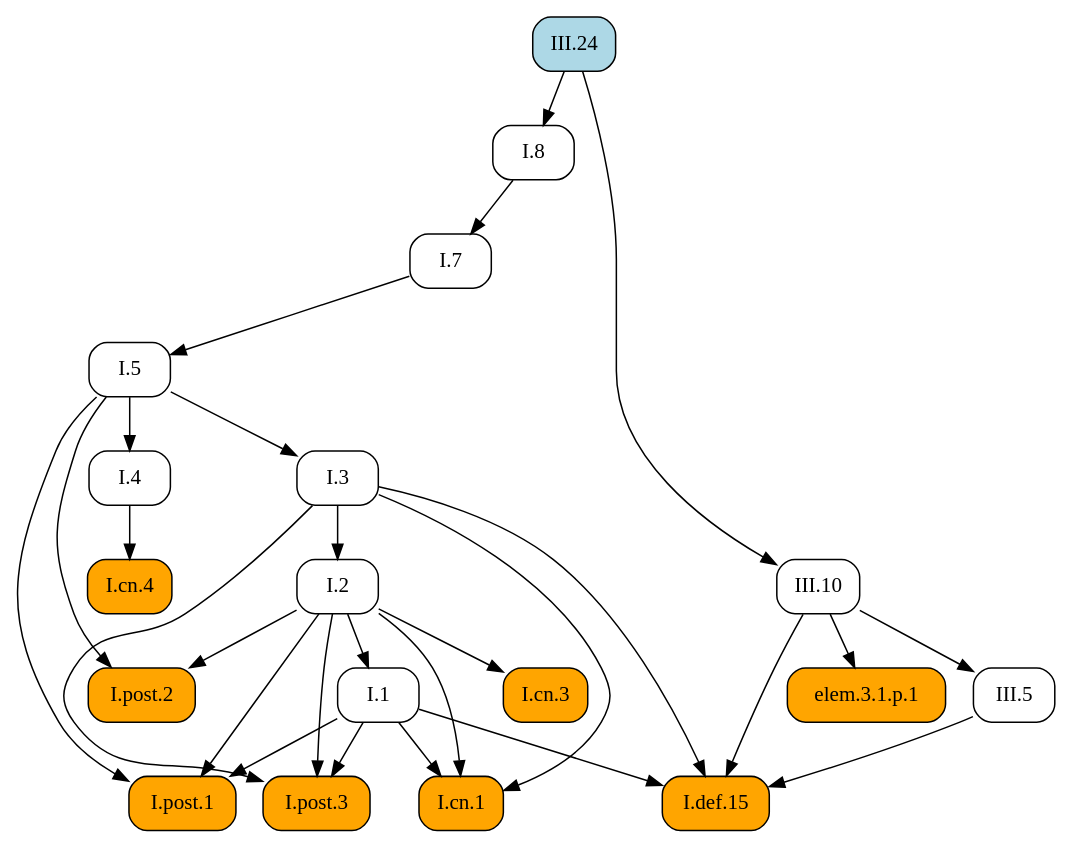
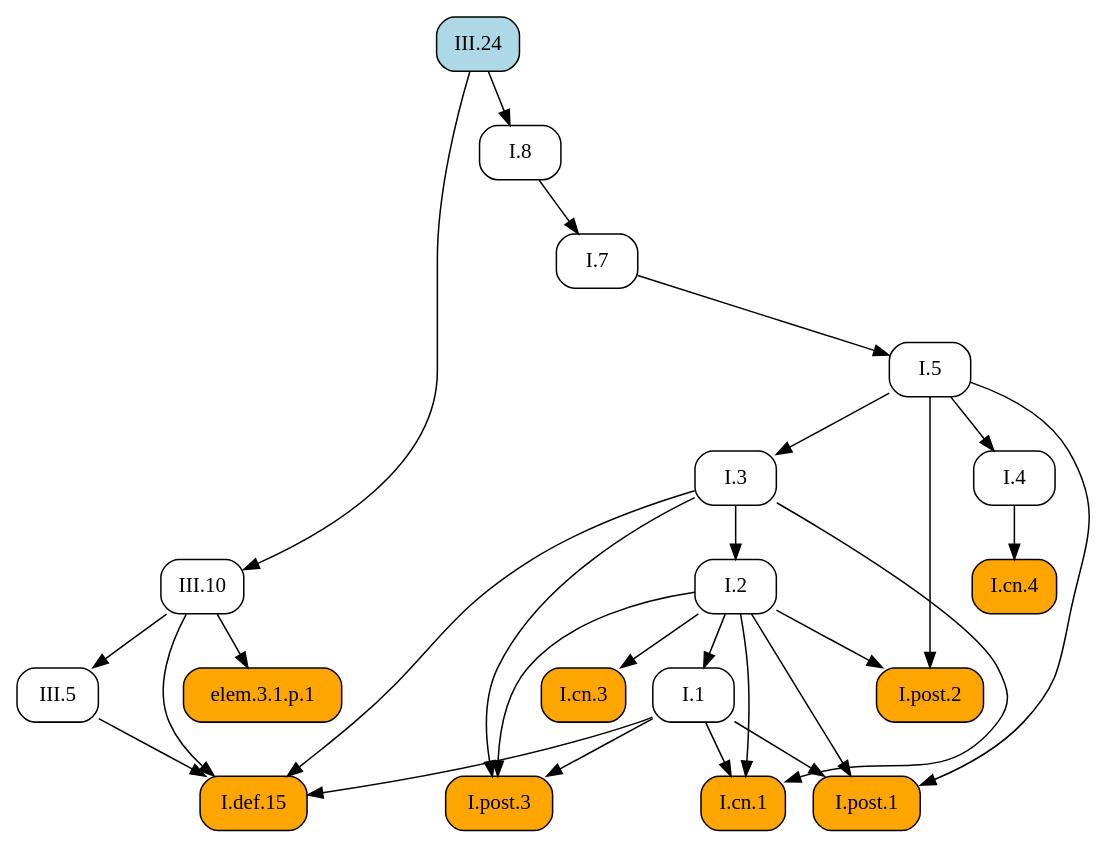
Before and after one commit to geometor/elements: the diagram in docsrc/heath/III/24/index.rst, drawn with Graphviz. The commit also changed other lines of this file and 1029 other files, not shown here.

```diff
--- a/docsrc/heath/III/24/index.rst
+++ b/docsrc/heath/III/24/index.rst
@@ -52,51 +52,51 @@
 .. graphviz::
 
    digraph {
      rankdir="TB";
      node [shape=box, style=rounded];
+     "I.1" [URL="/heath/I/1/", target="_top"];
+     "I.7" [URL="/heath/I/7/", target="_top"];
+     "I.3" [URL="/heath/I/3/", target="_top"];
+     "I.2" [URL="/heath/I/2/", target="_top"];
+     "I.4" [URL="/heath/I/4/", target="_top"];
+     "elem.3.1.p.1" [style="rounded,filled", fillcolor=orange];
+     "I.post.2" [style="rounded,filled", fillcolor=orange, URL="/heath/I/post.2/", target="_top"];
+     "I.def.15" [style="rounded,filled", fillcolor=orange, URL="/heath/I/def.15/", target="_top"];
+     "III.10" [URL="/heath/III/10/", target="_top"];
+     "I.post.3" [style="rounded,filled", fillcolor=orange, URL="/heath/I/post.3/", target="_top"];
+     "I.cn.1" [style="rounded,filled", fillcolor=orange, URL="/heath/I/cn.1/", target="_top"];
      "I.cn.3" [style="rounded,filled", fillcolor=orange, URL="/heath/I/cn.3/", target="_top"];
+     "I.8" [URL="/heath/I/8/", target="_top"];
+     "I.cn.4" [style="rounded,filled", fillcolor=orange, URL="/heath/I/cn.4/", target="_top"];
+     "I.post.1" [style="rounded,filled", fillcolor=orange, URL="/heath/I/post.1/", target="_top"];
+     "III.24" [style="rounded,filled", fillcolor=lightblue, URL="/heath/III/24/", target="_top"];
      "I.5" [URL="/heath/I/5/", target="_top"];
-     "I.7" [URL="/heath/I/7/", target="_top"];
-     "I.4" [URL="/heath/I/4/", target="_top"];
-     "I.3" [URL="/heath/I/3/", target="_top"];
-     "I.8" [URL="/heath/I/8/", target="_top"];
-     "III.10" [URL="/heath/III/10/", target="_top"];
-     "I.post.2" [style="rounded,filled", fillcolor=orange, URL="/heath/I/post.2/", target="_top"];
-     "I.2" [URL="/heath/I/2/", target="_top"];
-     "I.def.15" [style="rounded,filled", fillcolor=orange, URL="/heath/I/def.15/", target="_top"];
-     "I.1" [URL="/heath/I/1/", target="_top"];
-     "I.post.3" [style="rounded,filled", fillcolor=orange, URL="/heath/I/post.3/", target="_top"];
-     "III.24" [style="rounded,filled", fillcolor=lightblue, URL="/heath/III/24/", target="_top"];
-     "I.post.1" [style="rounded,filled", fillcolor=orange, URL="/heath/I/post.1/", target="_top"];
-     "I.cn.4" [style="rounded,filled", fillcolor=orange, URL="/heath/I/cn.4/", target="_top"];
-     "elem.3.1.p.1" [style="rounded,filled", fillcolor=orange];
-     "I.cn.1" [style="rounded,filled", fillcolor=orange, URL="/heath/I/cn.1/", target="_top"];
      "III.5" [URL="/heath/III/5/", target="_top"];
-     "I.2" -> "I.cn.3";
-     "I.7" -> "I.5";
+     "I.2" -> "I.1";
      "I.8" -> "I.7";
+     "I.5" -> "I.3";
+     "I.3" -> "I.2";
      "I.5" -> "I.4";
-     "I.5" -> "I.3";
-     "III.24" -> "I.8";
-     "III.24" -> "III.10";
+     "III.10" -> "elem.3.1.p.1";
      "I.2" -> "I.post.2";
      "I.5" -> "I.post.2";
-     "I.3" -> "I.2";
      "I.1" -> "I.def.15";
      "I.3" -> "I.def.15";
      "III.5" -> "I.def.15";
      "III.10" -> "I.def.15";
-     "I.2" -> "I.1";
+     "III.24" -> "III.10";
      "I.1" -> "I.post.3";
      "I.2" -> "I.post.3";
      "I.3" -> "I.post.3";
+     "I.1" -> "I.cn.1";
+     "I.2" -> "I.cn.1";
+     "I.3" -> "I.cn.1";
+     "I.2" -> "I.cn.3";
+     "III.24" -> "I.8";
+     "I.4" -> "I.cn.4";
      "I.1" -> "I.post.1";
      "I.2" -> "I.post.1";
      "I.5" -> "I.post.1";
-     "I.4" -> "I.cn.4";
-     "III.10" -> "elem.3.1.p.1";
-     "I.1" -> "I.cn.1";
-     "I.2" -> "I.cn.1";
-     "I.3" -> "I.cn.1";
+     "I.7" -> "I.5";
      "III.10" -> "III.5";
    }
```
